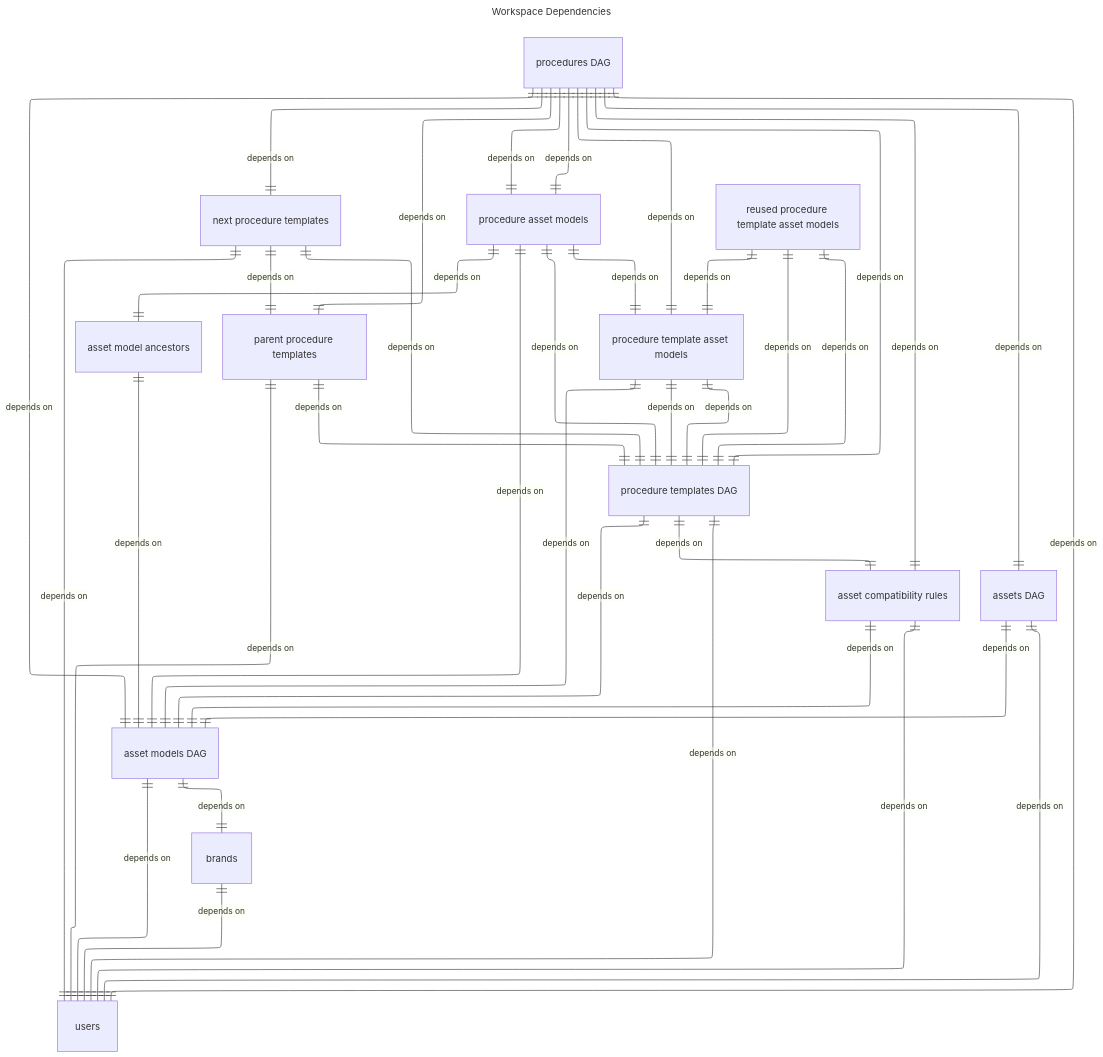
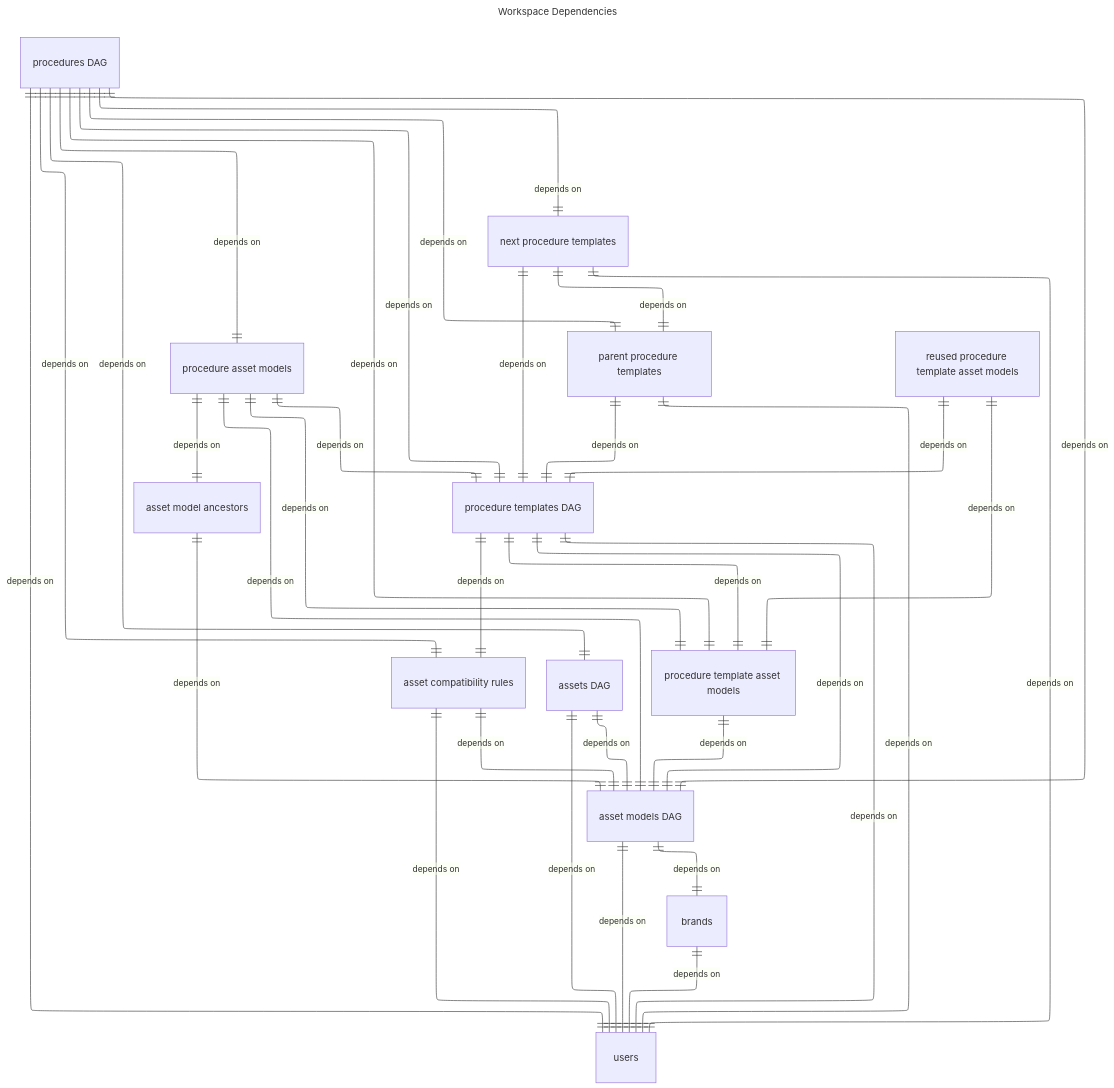
The diagram in builder/workspace_dependencies.mmd (earth-metabolome-initiative/asset-procedure-schema), drawn with Mermaid before and after one commit. The commit also changed 6 other files, not shown here.

```diff
--- a/builder/workspace_dependencies.mmd
+++ b/builder/workspace_dependencies.mmd
@@ -1,58 +1,55 @@
 ---
 config:
   layout: elk
   theme: default
   look: classic
 title: Workspace Dependencies
 ---
 erDiagram
 direction TB
 v2["asset compatibility rules"]
 v3["asset model ancestors"]
 v4["asset models DAG"]
 v5["assets DAG"]
 v11["brands"]
 v57["next procedure templates"]
 v61["parent procedure templates"]
 v69["procedure asset models"]
 v70["procedure template asset models"]
 v71["procedure templates DAG"]
 v72["procedures DAG"]
 v73["reused procedure template asset models"]
 v82["users"]
 v71 ||--|| v70 : "depends on"
 v71 ||--|| v4 : "depends on"
 v72 ||--|| v71 : "depends on"
 v72 ||--|| v69 : "depends on"
 v72 ||--|| v70 : "depends on"
 v72 ||--|| v4 : "depends on"
 v72 ||--|| v5 : "depends on"
 v2 ||--|| v4 : "depends on"
 v2 ||--|| v82 : "depends on"
 v3 ||--|| v4 : "depends on"
 v4 ||--|| v82 : "depends on"
 v5 ||--|| v4 : "depends on"
 v5 ||--|| v82 : "depends on"
 v71 ||--|| v2 : "depends on"
 v72 ||--|| v2 : "depends on"
 v11 ||--|| v82 : "depends on"
 v4 ||--|| v11 : "depends on"
 v57 ||--|| v61 : "depends on"
 v57 ||--|| v71 : "depends on"
 v57 ||--|| v82 : "depends on"
 v61 ||--|| v71 : "depends on"
 v61 ||--|| v82 : "depends on"
 v69 ||--|| v3 : "depends on"
 v69 ||--|| v4 : "depends on"
 v69 ||--|| v70 : "depends on"
 v69 ||--|| v71 : "depends on"
-v69 ||--|| v72 : "depends on"
 v70 ||--|| v4 : "depends on"
-v70 ||--|| v71 : "depends on"
 v71 ||--|| v82 : "depends on"
 v72 ||--|| v57 : "depends on"
 v72 ||--|| v61 : "depends on"
 v72 ||--|| v82 : "depends on"
 v73 ||--|| v70 : "depends on"
 v73 ||--|| v71 : "depends on"
-v71 ||--|| v73 : "depends on"
```
